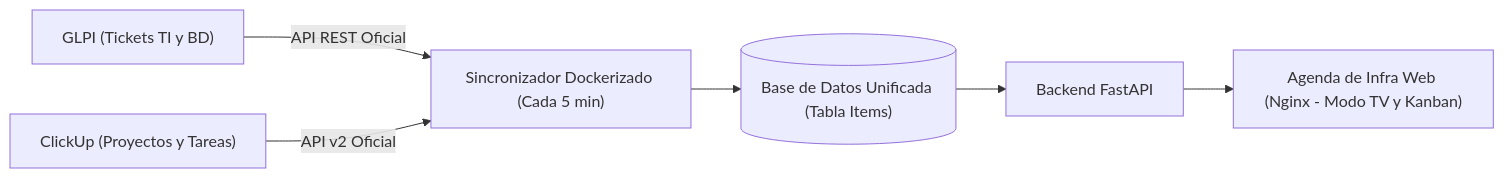
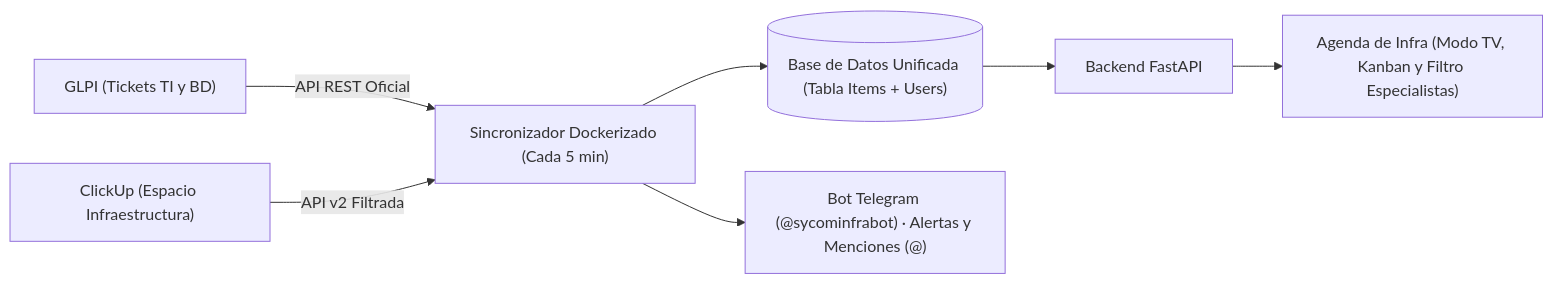
The diagram in PROPUESTA_MEJORAS_FASE2.md (JuanFZ/infra-agenda), drawn with Mermaid before and after one commit. The commit also changed other lines of this file and 1 other file, not shown here.

Commit message:
feat: implementar boton y carrusel Modo TV para presentaciones y actualizar propuesta estrategica Fase 2

````diff
--- a/PROPUESTA_MEJORAS_FASE2.md
+++ b/PROPUESTA_MEJORAS_FASE2.md
@@ -14,8 +14,9 @@
 ```mermaid
 flowchart LR
     GLPI["GLPI (Tickets TI y BD)"] -->|API REST Oficial| SYNC["Sincronizador Dockerizado (Cada 5 min)"]
-    CU["ClickUp (Proyectos y Tareas)"] -->|API v2 Oficial| SYNC
-    SYNC --> DB[("Base de Datos Unificada (Tabla Items)")]
+    CU["ClickUp (Espacio Infraestructura)"] -->|API v2 Filtrada| SYNC
+    SYNC --> DB[("Base de Datos Unificada (Tabla Items + Users)")]
     DB --> API["Backend FastAPI"]
-    API --> WEB["Agenda de Infra Web (Nginx - Modo TV y Kanban)"]
+    API --> WEB["Agenda de Infra (Modo TV, Kanban y Filtro Especialistas)"]
+    SYNC --> TG["Bot Telegram (@sycominfrabot) · Alertas y Menciones (@)"]
 ```
````
